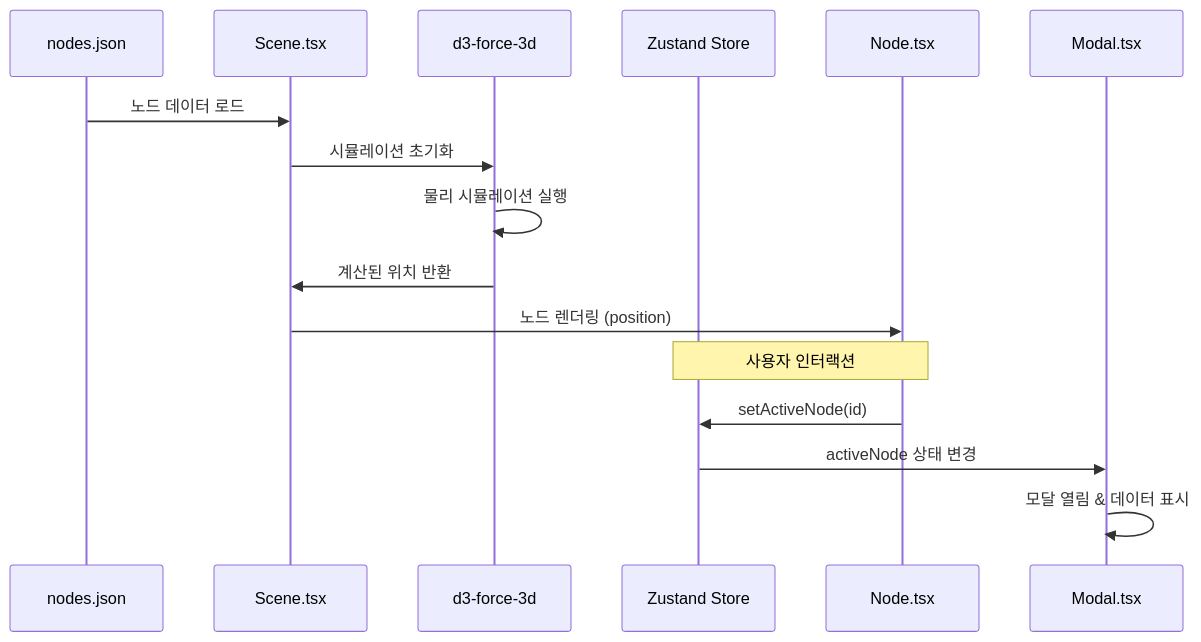
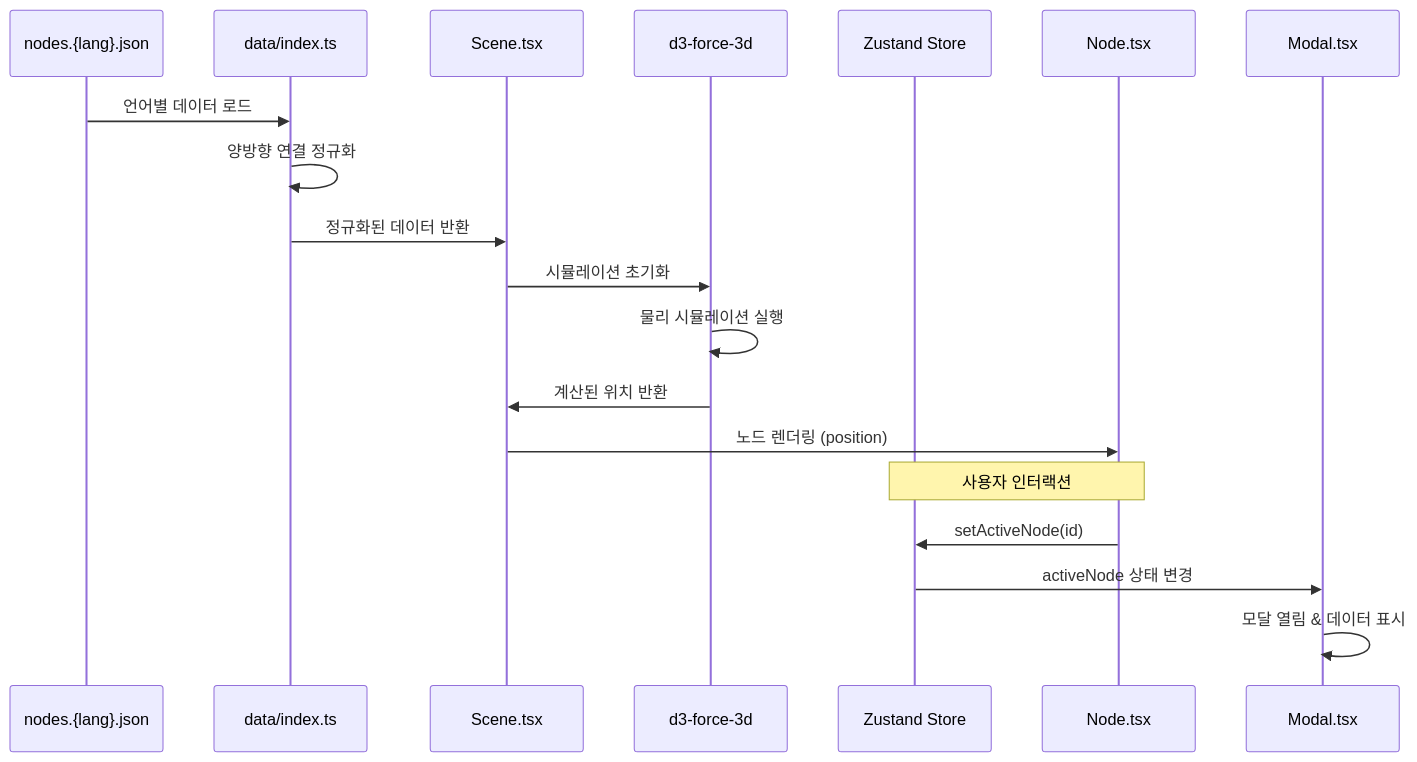
Before and after one commit to sleepyMS/MS-Mind: the second of 3 diagrams in docs/ARCHITECTURE.md, drawn with Mermaid. The commit also changed other lines of this file and 4 other files, not shown here.

````diff
--- a/docs/ARCHITECTURE.md
+++ b/docs/ARCHITECTURE.md
@@ -77,20 +79,23 @@
 ```mermaid
 sequenceDiagram
-    participant JSON as nodes.json
+    participant JSON as nodes.{lang}.json
+    participant Index as data/index.ts
     participant Scene as Scene.tsx
     participant d3 as d3-force-3d
     participant Store as Zustand Store
     participant Node as Node.tsx
     participant Modal as Modal.tsx
 
-    JSON->>Scene: 노드 데이터 로드
+    JSON->>Index: 언어별 데이터 로드
+    Index->>Index: 양방향 연결 정규화
+    Index->>Scene: 정규화된 데이터 반환
     Scene->>d3: 시뮬레이션 초기화
     d3->>d3: 물리 시뮬레이션 실행
     d3->>Scene: 계산된 위치 반환
     Scene->>Node: 노드 렌더링 (position)
 
     Note over Node,Store: 사용자 인터랙션
     Node->>Store: setActiveNode(id)
     Store->>Modal: activeNode 상태 변경
     Modal->>Modal: 모달 열림 & 데이터 표시
 ```
````
